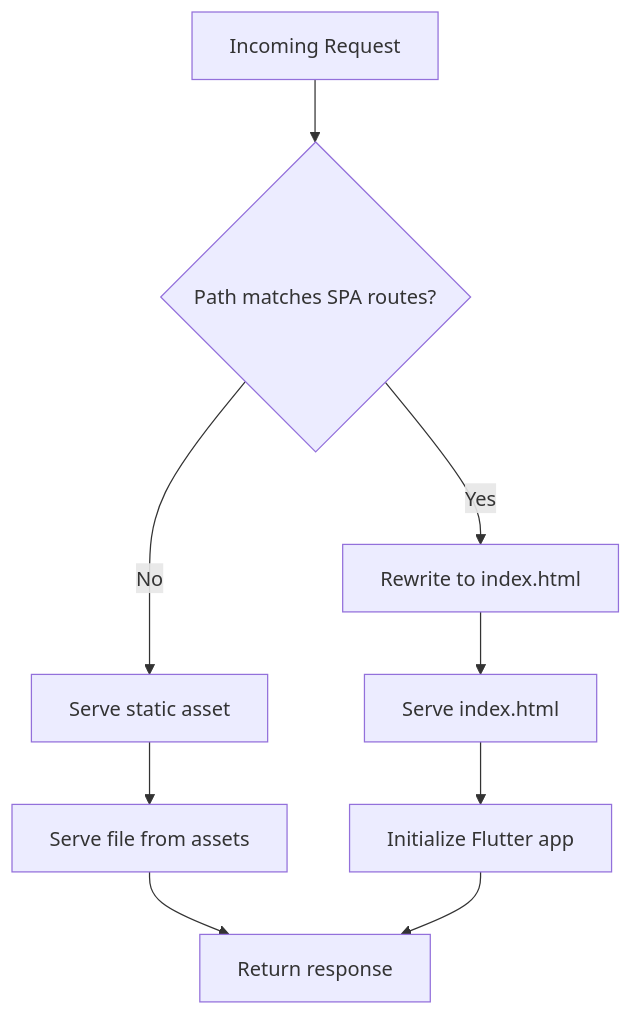
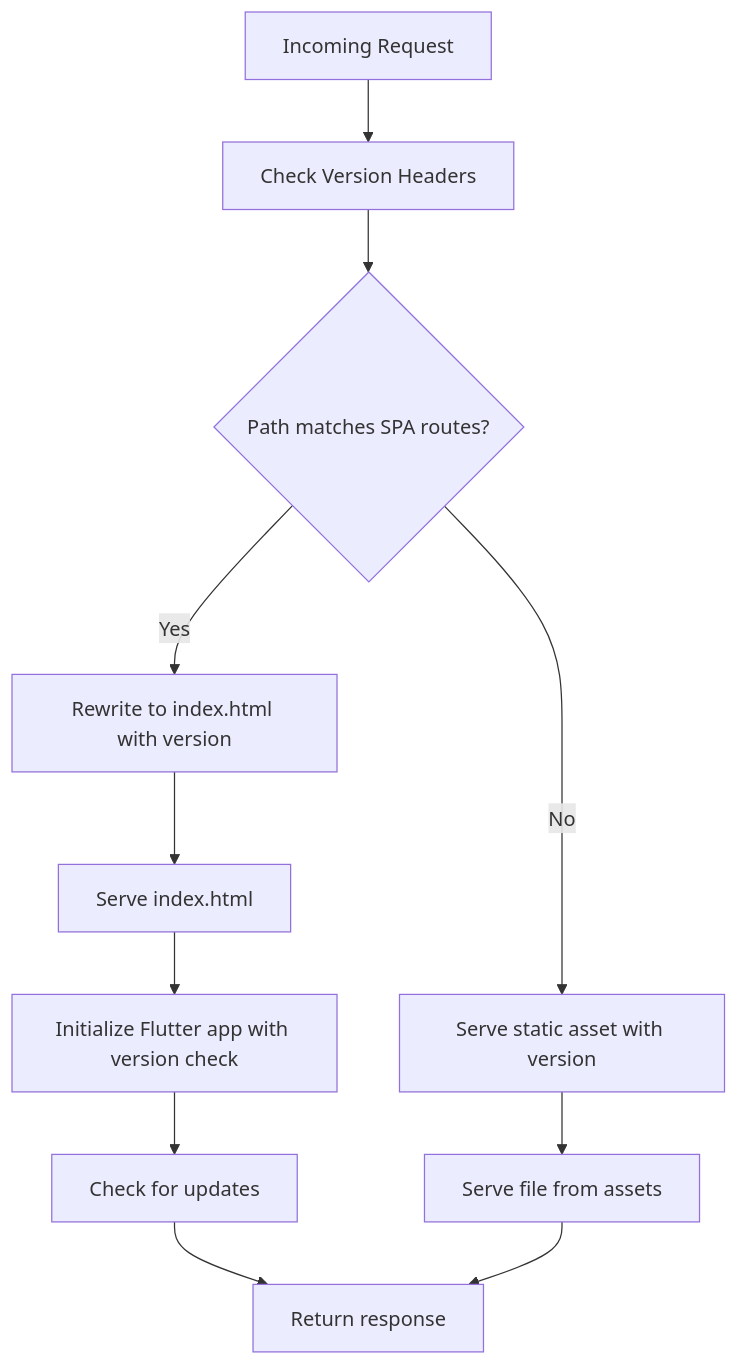
The fifth of 8 diagrams in .qoder/repowiki/en/content/Web Platform/Web Platform.md (raihom-netizen/com.gestaoyahwehios.app), drawn with Mermaid before and after one commit. The commit also changed other lines of this file and 161 other files, not shown here.

````diff
--- a/.qoder/repowiki/en/content/Web Platform/Web Platform.md
+++ b/.qoder/repowiki/en/content/Web Platform/Web Platform.md
@@ -301,11 +332,13 @@
 ```mermaid
 flowchart TD
-Request["Incoming Request"] --> Routing{"Path matches SPA routes?"}
-Routing --> |Yes| Rewrite["Rewrite to index.html"]
-Routing --> |No| Static["Serve static asset"]
+Request["Incoming Request"] --> CheckVersion["Check Version Headers"]
+CheckVersion --> Routing{"Path matches SPA routes?"}
+Routing --> |Yes| Rewrite["Rewrite to index.html with version"]
+Routing --> |No| Static["Serve static asset with version"]
 Rewrite --> ServeIndex["Serve index.html"]
 Static --> ServeAsset["Serve file from assets"]
-ServeIndex --> InitApp["Initialize Flutter app"]
-ServeAsset --> Return["Return response"]
-InitApp --> Return
+ServeIndex --> InitApp["Initialize Flutter app with version check"]
+InitApp --> CheckUpdate["Check for updates"]
+CheckUpdate --> Return["Return response"]
+ServeAsset --> Return
 ```
````
